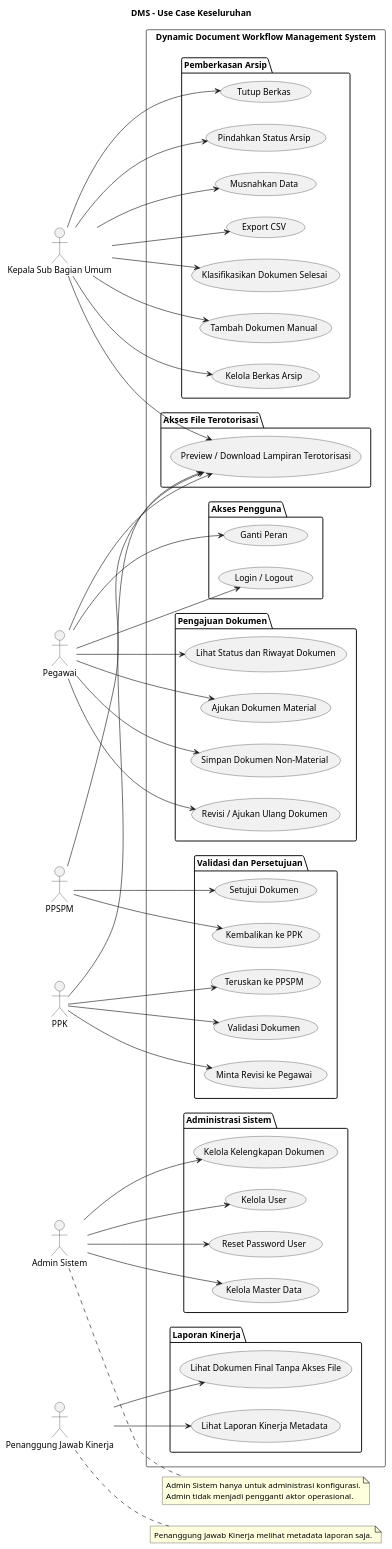
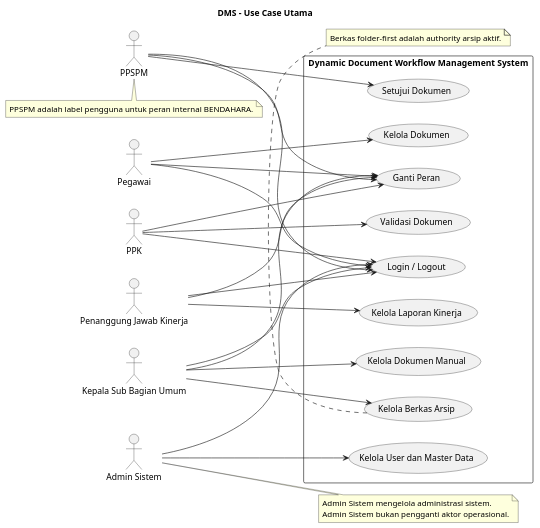
Before and after one commit to BingoAndBro/kepser-postgres-migration: the diagram in docs/diagrams/use-cases/dms-overall-use-case.puml, drawn with PlantUML. The commit also changed 8 other files, not shown here.

Commit message:
Refine DMS PlantUML diagram sources

```diff
--- a/docs/diagrams/use-cases/dms-overall-use-case.puml
+++ b/docs/diagrams/use-cases/dms-overall-use-case.puml
@@ -1,104 +1,62 @@
 @startuml
-title DMS - Use Case Keseluruhan
+title DMS - Use Case Utama
 
 left to right direction
 
 actor "Pegawai" as Pegawai
 actor "PPK" as PPK
 actor "PPSPM" as PPSPM
 actor "Kepala Sub Bagian Umum" as KSB
 actor "Penanggung Jawab Kinerja" as PJK
 actor "Admin Sistem" as Admin
 
 rectangle "Dynamic Document Workflow Management System" {
-  package "Akses Pengguna" {
-    usecase "Login / Logout" as UCLogin
-    usecase "Ganti Peran" as UCSwitchRole
-  }
-
-  package "Pengajuan Dokumen" {
-    usecase "Ajukan Dokumen Material" as UCAjukanMaterial
-    usecase "Simpan Dokumen Non-Material" as UCSimpanNonMaterial
-    usecase "Revisi / Ajukan Ulang Dokumen" as UCRevisi
-    usecase "Lihat Status dan Riwayat Dokumen" as UCRiwayat
-  }
-
-  package "Validasi dan Persetujuan" {
-    usecase "Validasi Dokumen" as UCValidasi
-    usecase "Minta Revisi ke Pegawai" as UCMintaRevisi
-    usecase "Teruskan ke PPSPM" as UCTeruskan
-    usecase "Setujui Dokumen" as UCSetujui
-    usecase "Kembalikan ke PPK" as UCKembalikan
-  }
-
-  package "Pemberkasan Arsip" {
-    usecase "Klasifikasikan Dokumen Selesai" as UCKlasifikasi
-    usecase "Tambah Dokumen Manual" as UCTambahManual
-    usecase "Kelola Berkas Arsip" as UCKelolaBerkas
-    usecase "Tutup Berkas" as UCTutupBerkas
-    usecase "Pindahkan Status Arsip" as UCPindahStatus
-    usecase "Musnahkan Data" as UCMusnahkan
-    usecase "Export CSV" as UCExport
-  }
-
-  package "Akses File Terotorisasi" {
-    usecase "Preview / Download Lampiran Terotorisasi" as UCFile
-  }
-
-  package "Laporan Kinerja" {
-    usecase "Lihat Laporan Kinerja Metadata" as UCLaporanKinerja
-    usecase "Lihat Dokumen Final Tanpa Akses File" as UCDokumenFinalMetadata
-  }
-
-  package "Administrasi Sistem" {
-    usecase "Kelola User" as UCKelolaUser
-    usecase "Reset Password User" as UCResetPassword
-    usecase "Kelola Master Data" as UCMasterData
-    usecase "Kelola Kelengkapan Dokumen" as UCKelengkapan
-  }
+  usecase "Login / Logout" as UCLogin
+  usecase "Ganti Peran" as UCSwitchRole
+  usecase "Kelola Dokumen" as UCDokumen
+  usecase "Validasi Dokumen" as UCValidasi
+  usecase "Setujui Dokumen" as UCSetujui
+  usecase "Kelola Berkas Arsip" as UCBerkas
+  usecase "Kelola Dokumen Manual" as UCManual
+  usecase "Kelola Laporan Kinerja" as UCLaporan
+  usecase "Kelola User dan Master Data" as UCAdmin
 }
 
 Pegawai --> UCLogin
 Pegawai --> UCSwitchRole
-Pegawai --> UCAjukanMaterial
-Pegawai --> UCSimpanNonMaterial
-Pegawai --> UCRevisi
-Pegawai --> UCRiwayat
-Pegawai --> UCFile
+Pegawai --> UCDokumen
 
+PPK --> UCLogin
+PPK --> UCSwitchRole
 PPK --> UCValidasi
-PPK --> UCMintaRevisi
-PPK --> UCTeruskan
-PPK --> UCFile
 
+PPSPM --> UCLogin
+PPSPM --> UCSwitchRole
 PPSPM --> UCSetujui
-PPSPM --> UCKembalikan
-PPSPM --> UCFile
 
-KSB --> UCKlasifikasi
-KSB --> UCTambahManual
-KSB --> UCKelolaBerkas
-KSB --> UCTutupBerkas
-KSB --> UCPindahStatus
-KSB --> UCMusnahkan
-KSB --> UCExport
-KSB --> UCFile
+KSB --> UCLogin
+KSB --> UCSwitchRole
+KSB --> UCBerkas
+KSB --> UCManual
 
-PJK --> UCLaporanKinerja
-PJK --> UCDokumenFinalMetadata
+PJK --> UCLogin
+PJK --> UCSwitchRole
+PJK --> UCLaporan
 
-Admin --> UCKelolaUser
-Admin --> UCResetPassword
-Admin --> UCMasterData
-Admin --> UCKelengkapan
+Admin --> UCLogin
+Admin --> UCAdmin
 
 note right of Admin
-  Admin Sistem hanya untuk administrasi konfigurasi.
-  Admin tidak menjadi pengganti aktor operasional.
+  Admin Sistem mengelola administrasi sistem.
+  Admin Sistem bukan pengganti aktor operasional.
 end note
 
-note right of PJK
-  Penanggung Jawab Kinerja melihat metadata laporan saja.
+note bottom of PPSPM
+  PPSPM adalah label pengguna untuk peran internal BENDAHARA.
+end note
+
+note bottom of UCBerkas
+  Berkas folder-first adalah authority arsip aktif.
 end note
 
 @enduml
```
